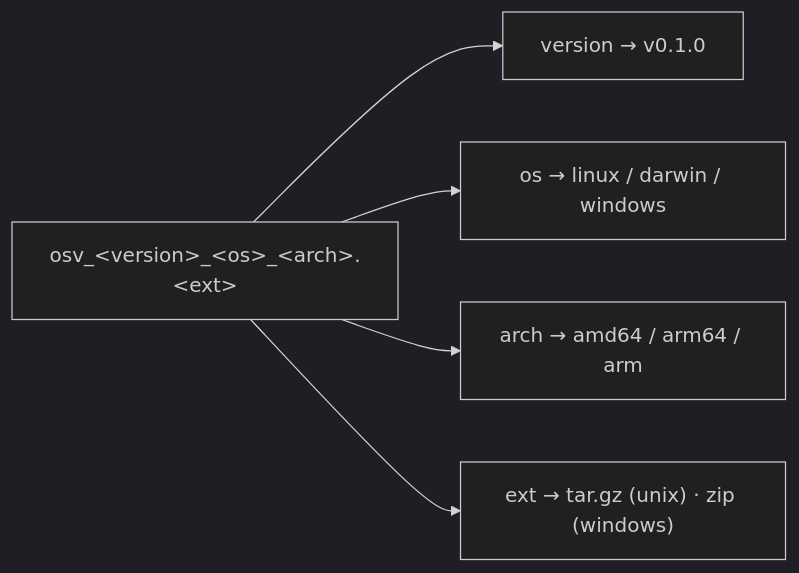
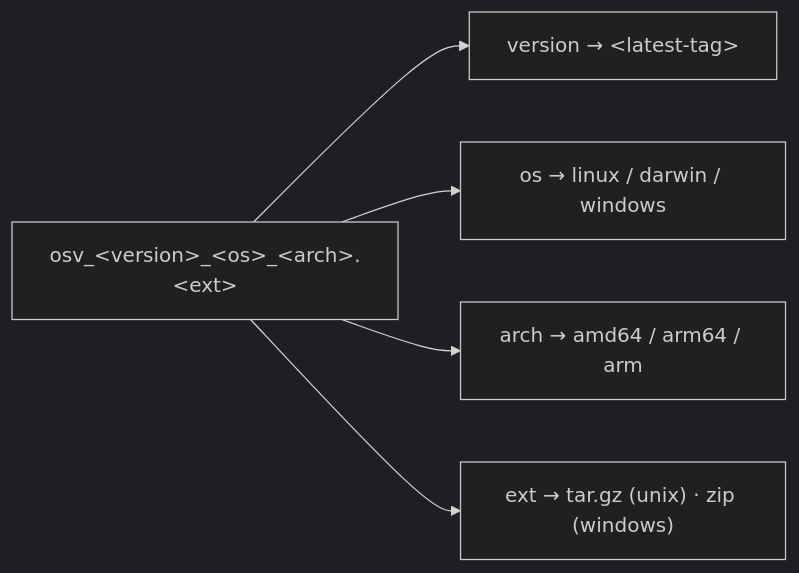
The third of 4 diagrams in website/guide/installation.md (scagogogo/osv-schema-skills), drawn with Mermaid (dark theme) before and after one commit. The commit also changed other lines of this file and 5 other files, not shown here.

First line of the commit message:
docs: replace fictional v0.1.0 with <latest-tag> placeholder (EN+ZH)

````diff
--- a/website/guide/installation.md
+++ b/website/guide/installation.md
@@ -52,7 +52,7 @@
 ```mermaid
 flowchart LR
-  T["osv_&lt;version&gt;_&lt;os&gt;_&lt;arch&gt;.&lt;ext&gt;"] --> V["version → v0.1.0"]
+  T["osv_&lt;version&gt;_&lt;os&gt;_&lt;arch&gt;.&lt;ext&gt;"] --> V["version → &lt;latest-tag&gt;"]
   T --> O["os → linux / darwin / windows"]
   T --> A["arch → amd64 / arm64 / arm"]
   T --> E["ext → tar.gz (unix) · zip (windows)"]
 ```
````
